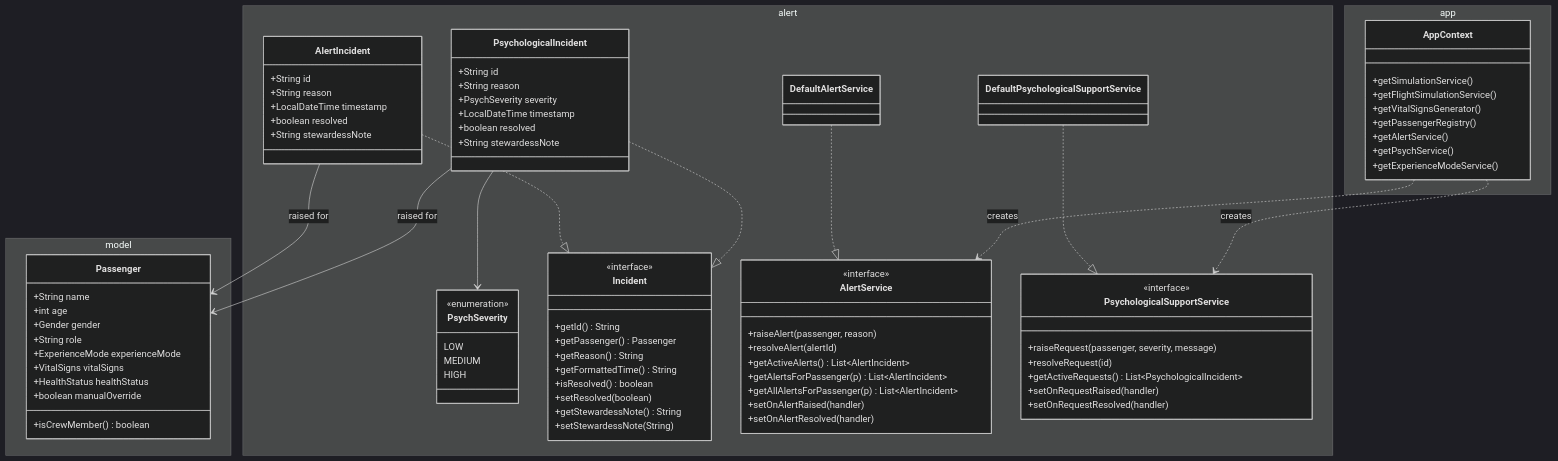
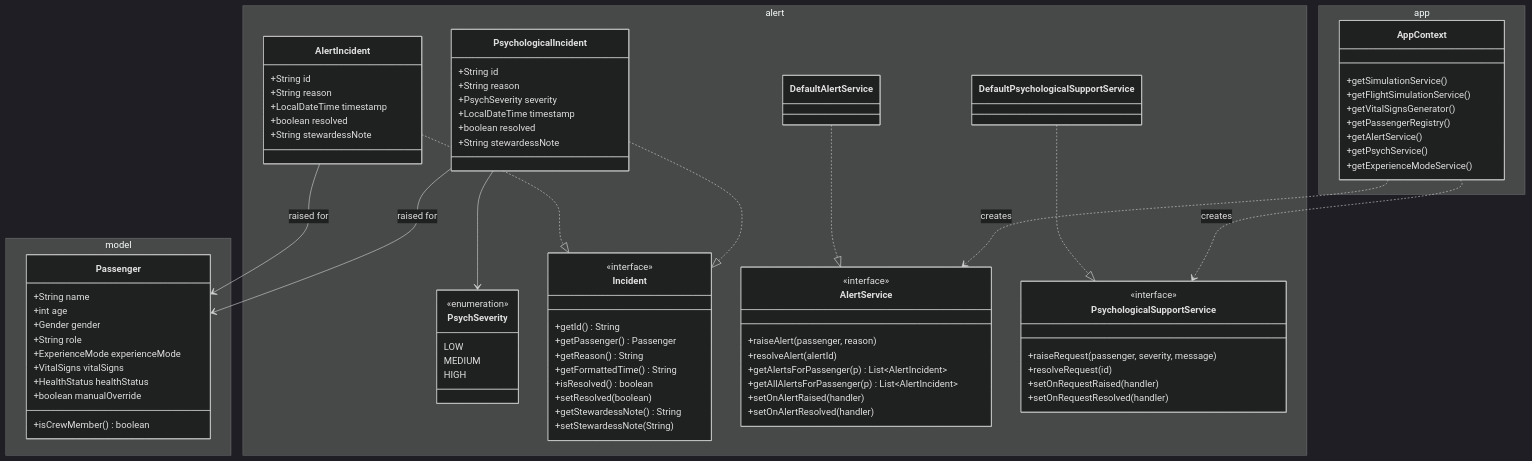
Before and after one commit to Louisbrk/ATdIT2: the first of 3 diagrams in docs/Technical_Documentation.md, drawn with Mermaid (dark theme). The commit also changed other lines of this file, not shown here.

Commit message:
added documentation for Alert Package

```diff
--- a/docs/Technical_Documentation.md
+++ b/docs/Technical_Documentation.md
@@ -271,7 +282,6 @@
             <<interface>>
             +raiseAlert(passenger, reason)
             +resolveAlert(alertId)
-            +getActiveAlerts() List~AlertIncident~
             +getAlertsForPassenger(p) List~AlertIncident~
             +getAllAlertsForPassenger(p) List~AlertIncident~
             +setOnAlertRaised(handler)
@@ -285,7 +295,6 @@
             <<interface>>
             +raiseRequest(passenger, severity, message)
             +resolveRequest(id)
-            +getActiveRequests() List~PsychologicalIncident~
             +setOnRequestRaised(handler)
             +setOnRequestResolved(handler)
         }
```
